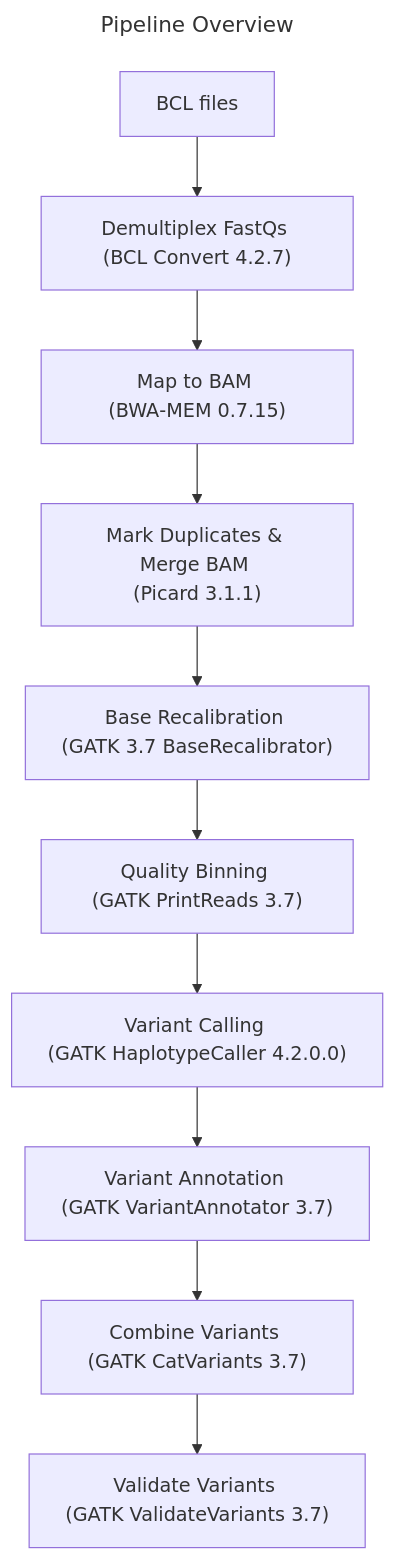
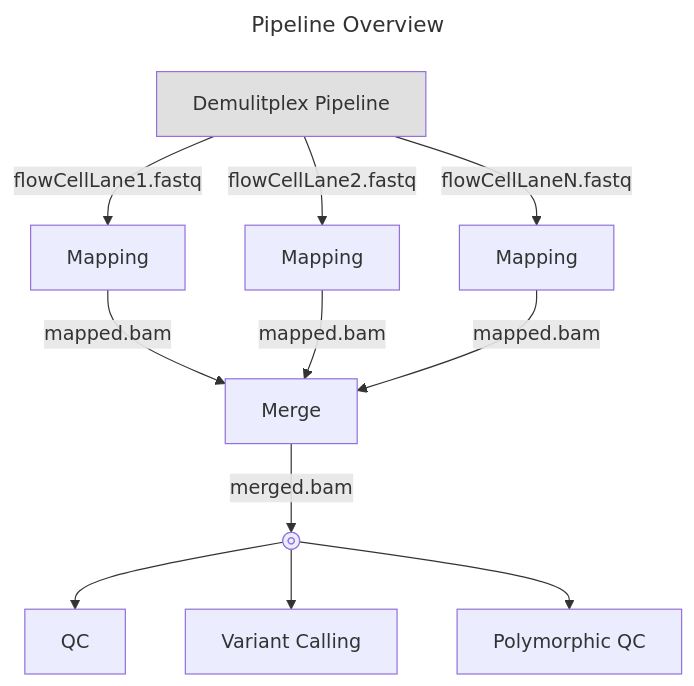
One commit to NorthwestGenomicsCenter/nwgc-nf-shortread-dna-seq changed the first of 3 diagrams in README.MD. Above: the diagram before and after it, drawn with Mermaid.

Commit message:
README.MD - fixed overview mermaid chart

````diff
--- a/README.MD
+++ b/README.MD
@@ -13,16 +13,21 @@
 ```mermaid
 ---
 title: Pipeline Overview
 ---
 graph TB
-    A[BCL files]
-    A --> B["Demultiplex FastQs (BCL Convert 4.2.7)"]
-    B --> C["Map to BAM (BWA‑MEM 0.7.15)"]
-    C --> D["Mark Duplicates & Merge BAM (Picard 3.1.1)"]
-    D --> E["Base Recalibration (GATK 3.7 BaseRecalibrator)"]
-    E --> F["Quality Binning (GATK PrintReads 3.7)"]
-    F --> G["Variant Calling (GATK HaplotypeCaller 4.2.0.0)"]
-    G --> H["Variant Annotation (GATK VariantAnnotator 3.7)"]
-    H --> I["Combine Variants (GATK CatVariants 3.7)"]
-    I --> J["Validate Variants (GATK ValidateVariants 3.7)"]
+    A["Demulitplex Pipeline"] -- "flowCellLane1.fastq" --> B
+    style A fill:#E0E0E0
+    A -- "flowCellLane2.fastq" --> C
+    A -- "flowCellLaneN.fastq" --> D
+    B["Mapping"] -- "mapped.bam" --> E
+    C["Mapping"] -- "mapped.bam" --> E
+    D["Mapping"] -- "mapped.bam" --> E
+    E["Merge"] -- "merged.bam" --> F
+    F@{shape: fr-circ}
+    F --> G
+    G["QC"]
+    F --> H
+    H["Variant Calling"]
+    F --> I
+    I["Polymorphic QC"]
 ```
````
